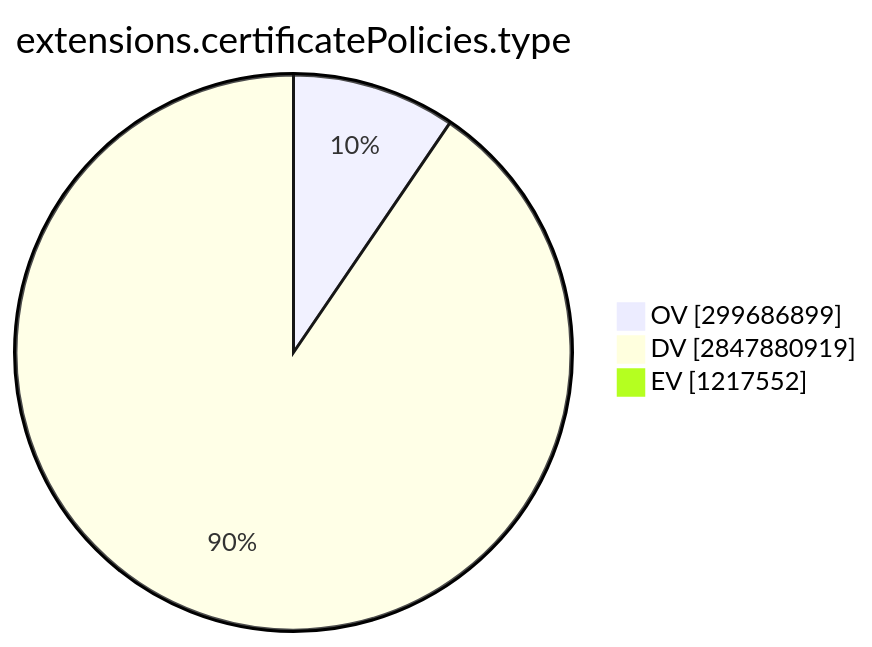
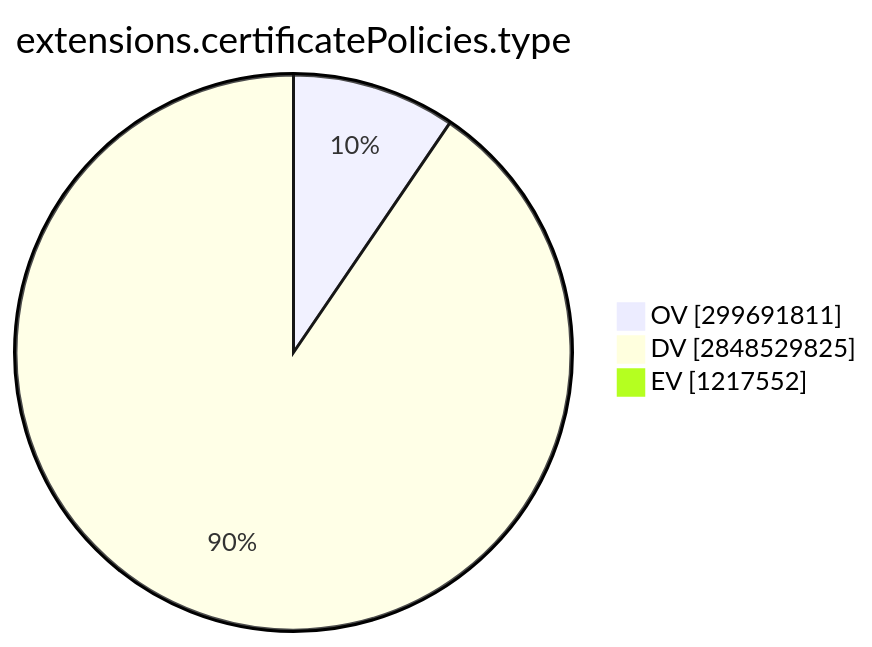
The ninth of 15 diagrams in TOTAL/README.md (christiankrug/ctmonitor_visualization), drawn with Mermaid before and after one commit. The commit also changed other lines of this file, not shown here.

````diff
--- a/TOTAL/README.md
+++ b/TOTAL/README.md
@@ -3101,7 +3101,7 @@
 ```mermaid
 pie showData
 title extensions.certificatePolicies.type
-"OV" :299686899
-"DV" :2847880919
+"OV" :299691811
+"DV" :2848529825
 "EV" :1217552
 ```
````
